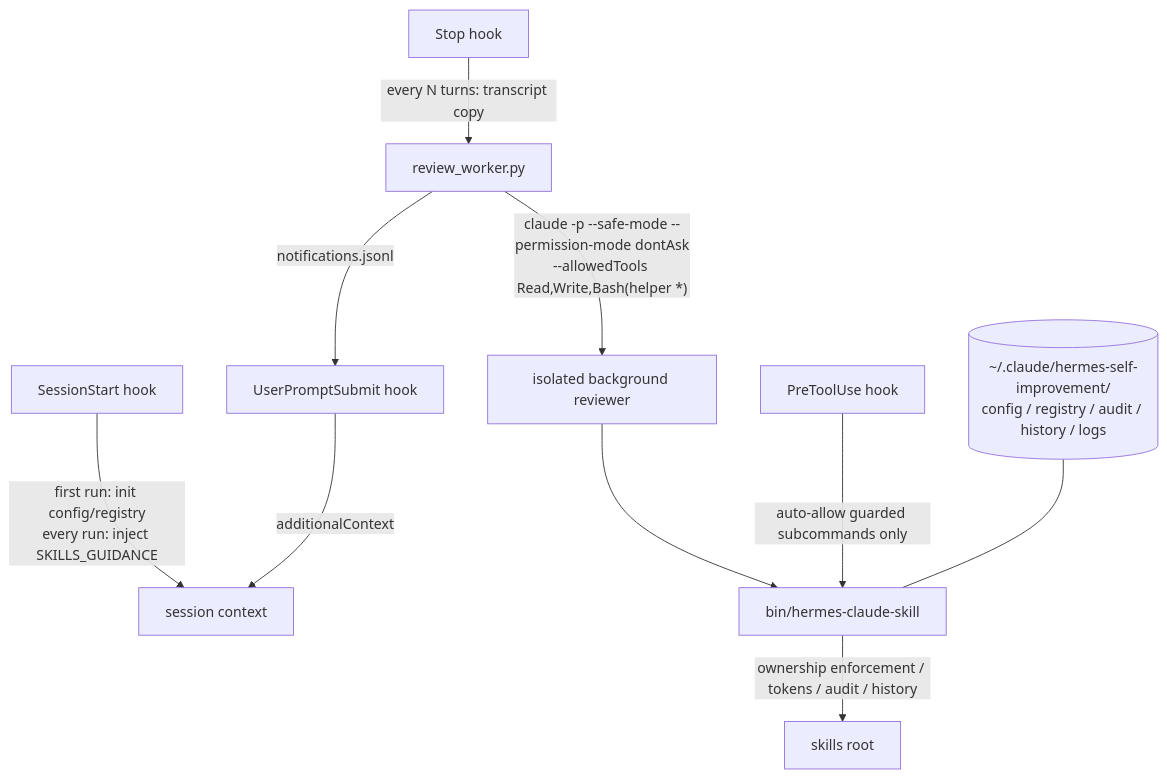
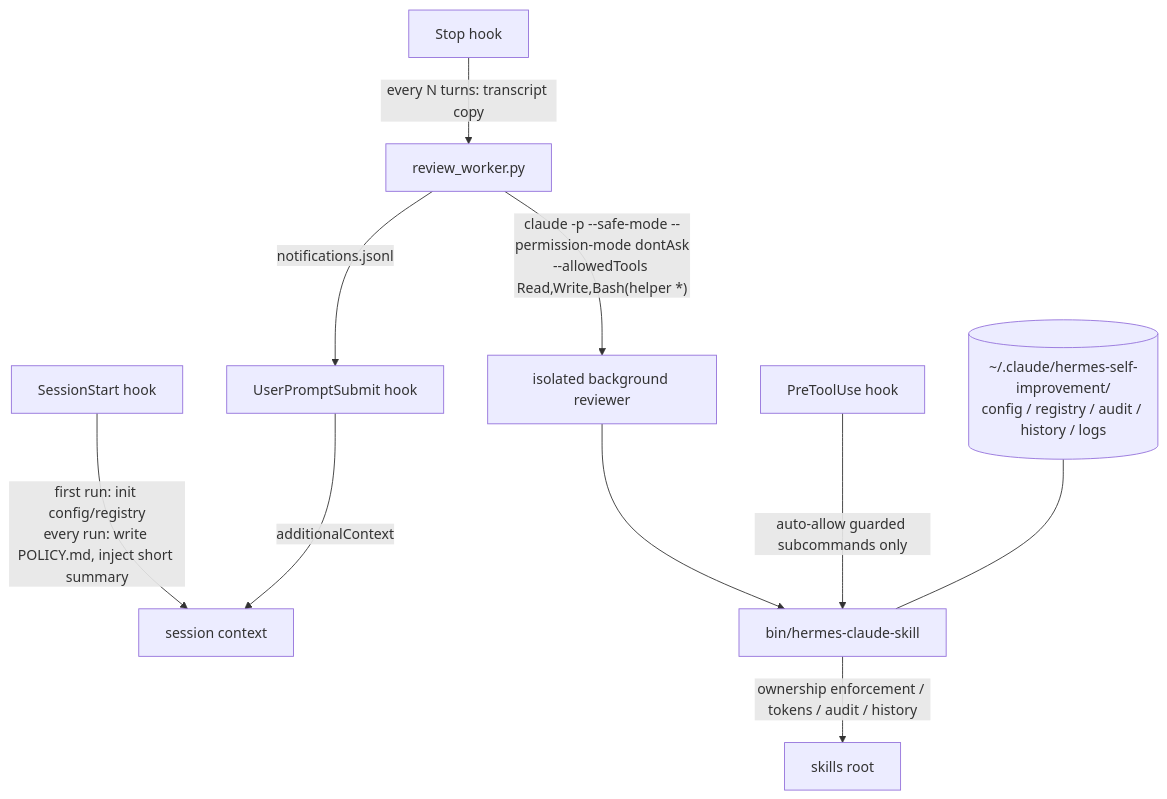
Before and after one commit to lilpacy/hermes-self-improvement-claude-plugin: the first of 5 diagrams in README.md, drawn with Mermaid. The commit also changed other lines of this file and 3 other files, not shown here.

Commit message:
Shrink SessionStart injection to a short summary with full policy in POLICY.md

````diff
--- a/README.md
+++ b/README.md
@@ -18,12 +18,12 @@
 ```mermaid
 flowchart TD
-  SS[SessionStart hook] -- "first run: init config/registry\nevery run: inject SKILLS_GUIDANCE" --> CTX[session context]
+  SS[SessionStart hook] -- "first run: init config/registry\nevery run: write POLICY.md, inject short summary" --> CTX[session context]
   ST[Stop hook] -- "every N turns: transcript copy" --> RW[review_worker.py]
   RW -- "claude -p --safe-mode --permission-mode dontAsk\n--allowedTools Read,Write,Bash(helper *)" --> BG[isolated background reviewer]
   BG --> HL[bin/hermes-claude-skill]
   HL -- "ownership enforcement / tokens / audit / history" --> SK[skills root]
   RW -- notifications.jsonl --> UP[UserPromptSubmit hook]
   UP -- additionalContext --> CTX
   PT[PreToolUse hook] -- "auto-allow guarded subcommands only" --> HL
   DATA[(~/.claude/hermes-self-improvement/\nconfig / registry / audit / history / logs)] --- HL
 ```
````
